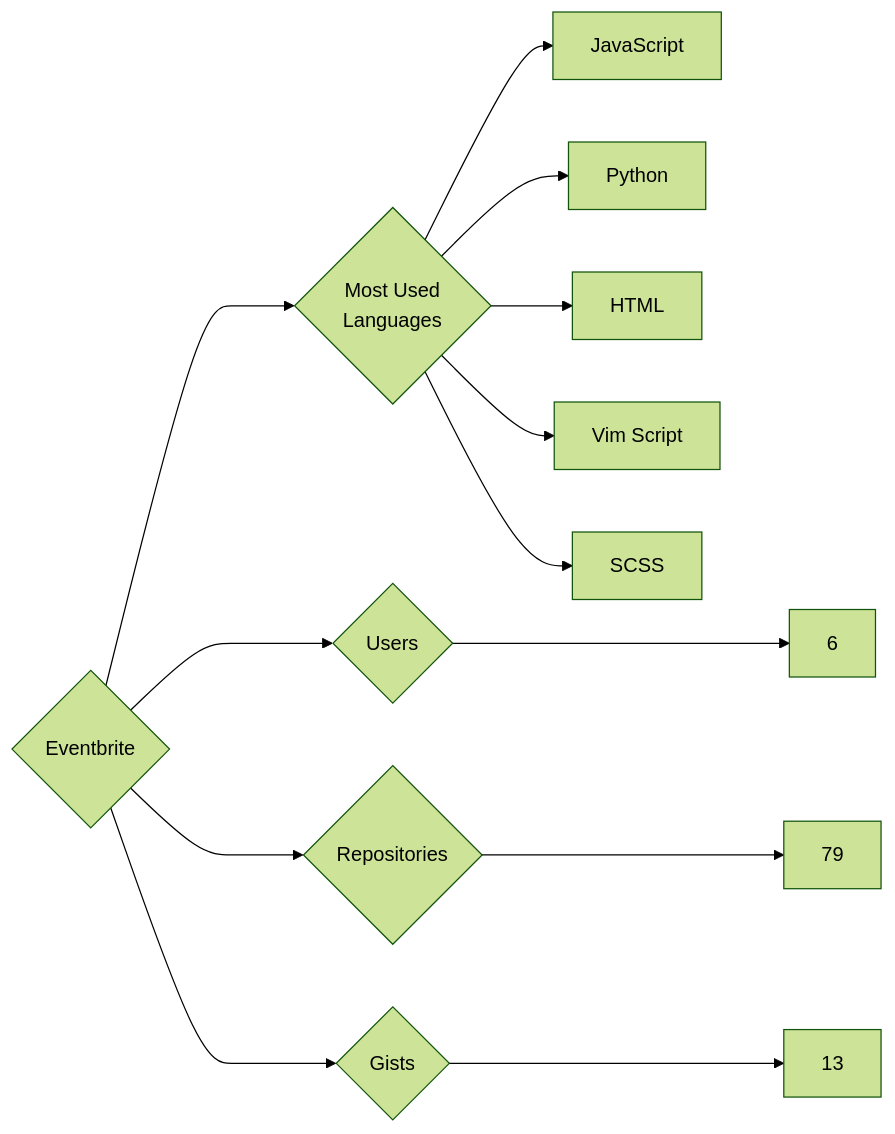
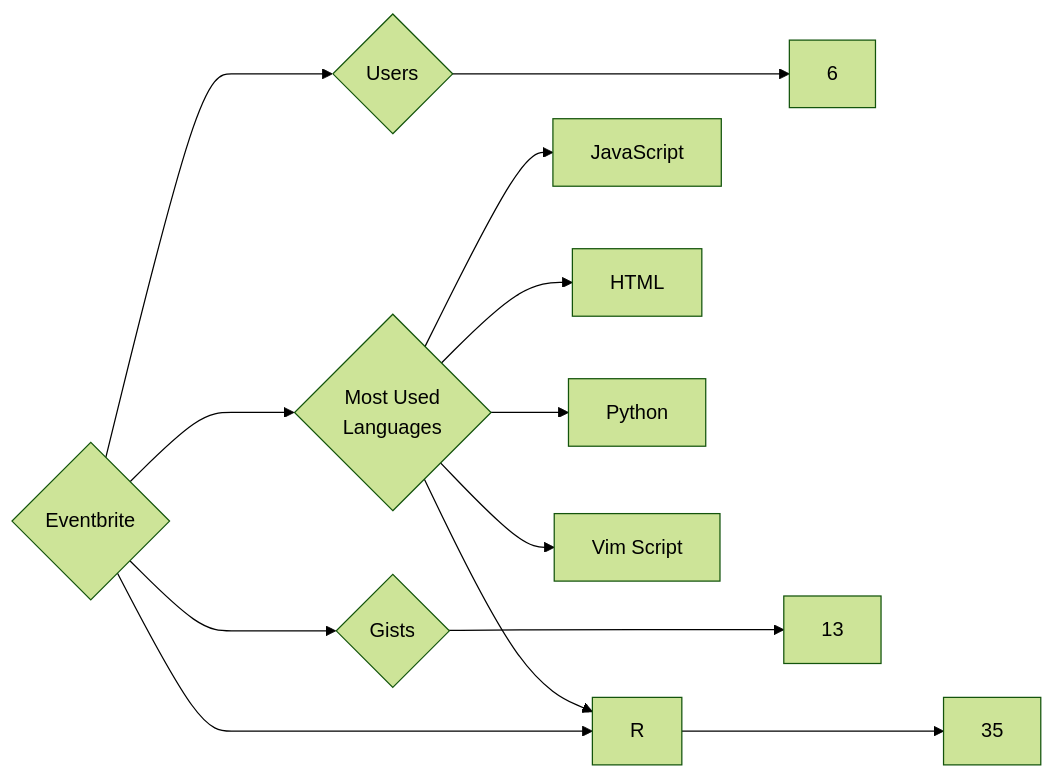
One commit to trickest/insiders changed the diagram in targets/Eventbrite/README.md. Above: the diagram before and after it, drawn with Mermaid (forest theme). The commit also changed 718 other files, not shown here.

````diff
--- a/targets/Eventbrite/README.md
+++ b/targets/Eventbrite/README.md
@@ -3,13 +3,13 @@
 ```mermaid
 graph LR
 COMPANY_NAME{Eventbrite}
 COMPANY_NAME ---> U{Users} ---> UN[6]
-COMPANY_NAME ---> R{Repositories} ---> RN[79]
+COMPANY_NAME ---> R{Repositories} ---> RN[35]
 COMPANY_NAME ---> G{Gists} ---> GN[13]
 COMPANY_NAME ---> ML{Most Used<br>Languages}
 ML --> JavaScript[JavaScript]
+ML --> HTML[HTML]
 ML --> Python[Python]
-ML --> HTML[HTML]
 ML --> Vim_Script[Vim Script]
-ML --> SCSS[SCSS]
+ML --> R[R]
 ```
````
